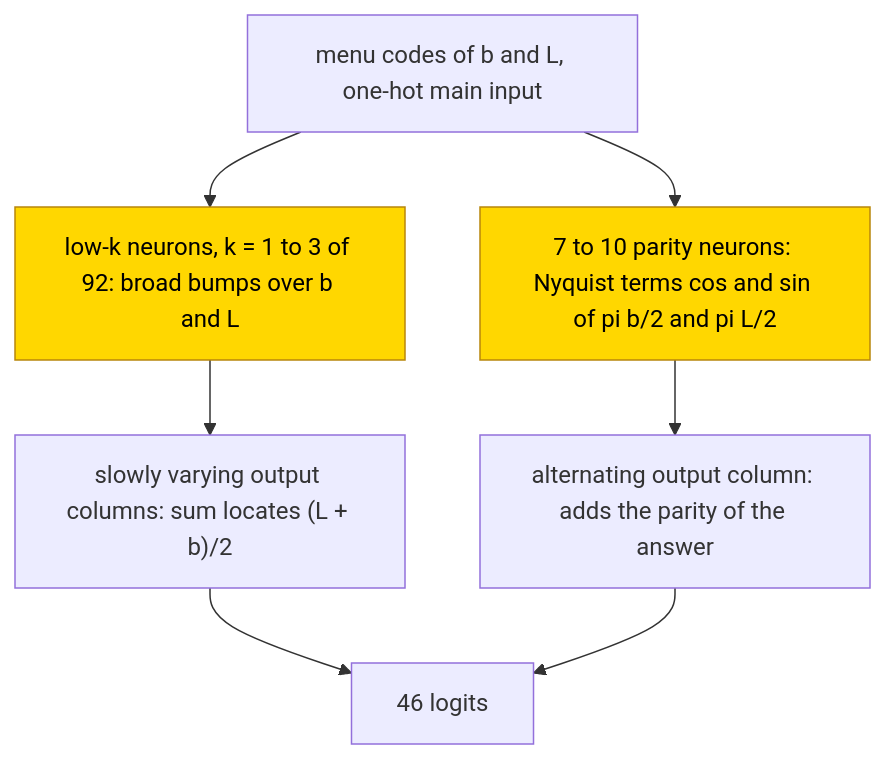
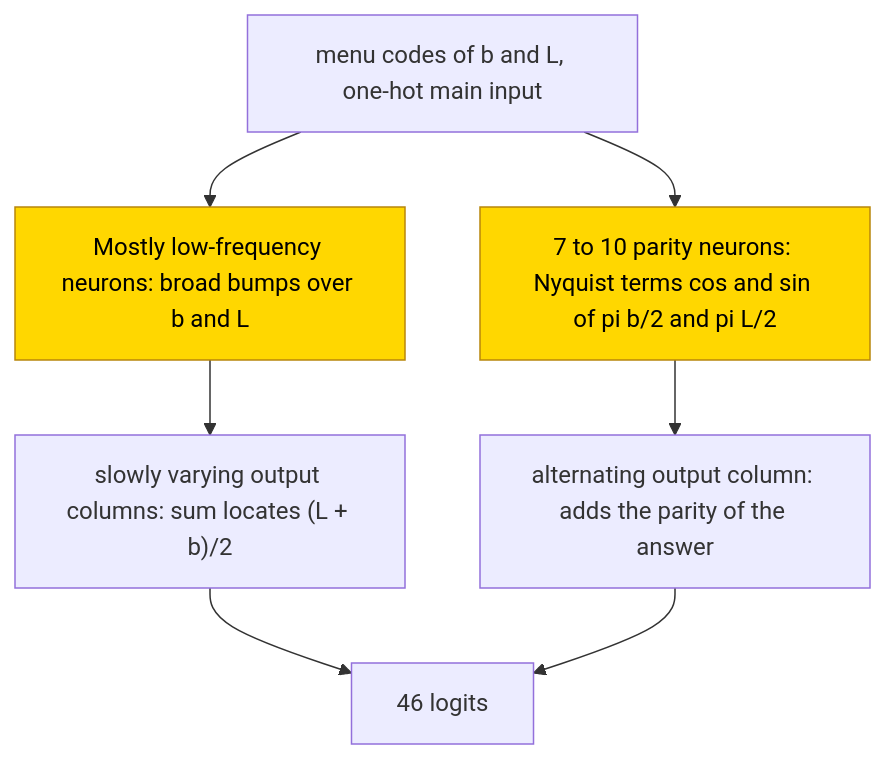
One commit to jc1122/mechanistic-interpretability-circuit-atlas changed the second of 2 diagrams in entries/open-bracket-count.md. Above: the diagram before and after it, drawn with Mermaid. The commit also changed other lines of this file and 54 other files, not shown here.

````diff
--- a/entries/open-bracket-count.md
+++ b/entries/open-bracket-count.md
@@ -182,11 +211,11 @@
 ```mermaid
 flowchart TD
-    IN["menu codes of b and L, one-hot main input"] --> LK["low-k neurons, k = 1 to 3 of 92: broad bumps over b and L"]
+    IN["menu codes of b and L, one-hot main input"] --> LK["Mostly low-frequency neurons: broad bumps over b and L"]
     IN --> PN["7 to 10 parity neurons: Nyquist terms cos and sin of pi b/2 and pi L/2"]
     LK --> SUM["slowly varying output columns: sum locates (L + b)/2"]
     PN --> PAR["alternating output column: adds the parity of the answer"]
     SUM --> Y["46 logits"]
     PAR --> Y
     classDef trained fill:gold,stroke:darkgoldenrod,color:black
     class LK,PN trained
 ```
````
